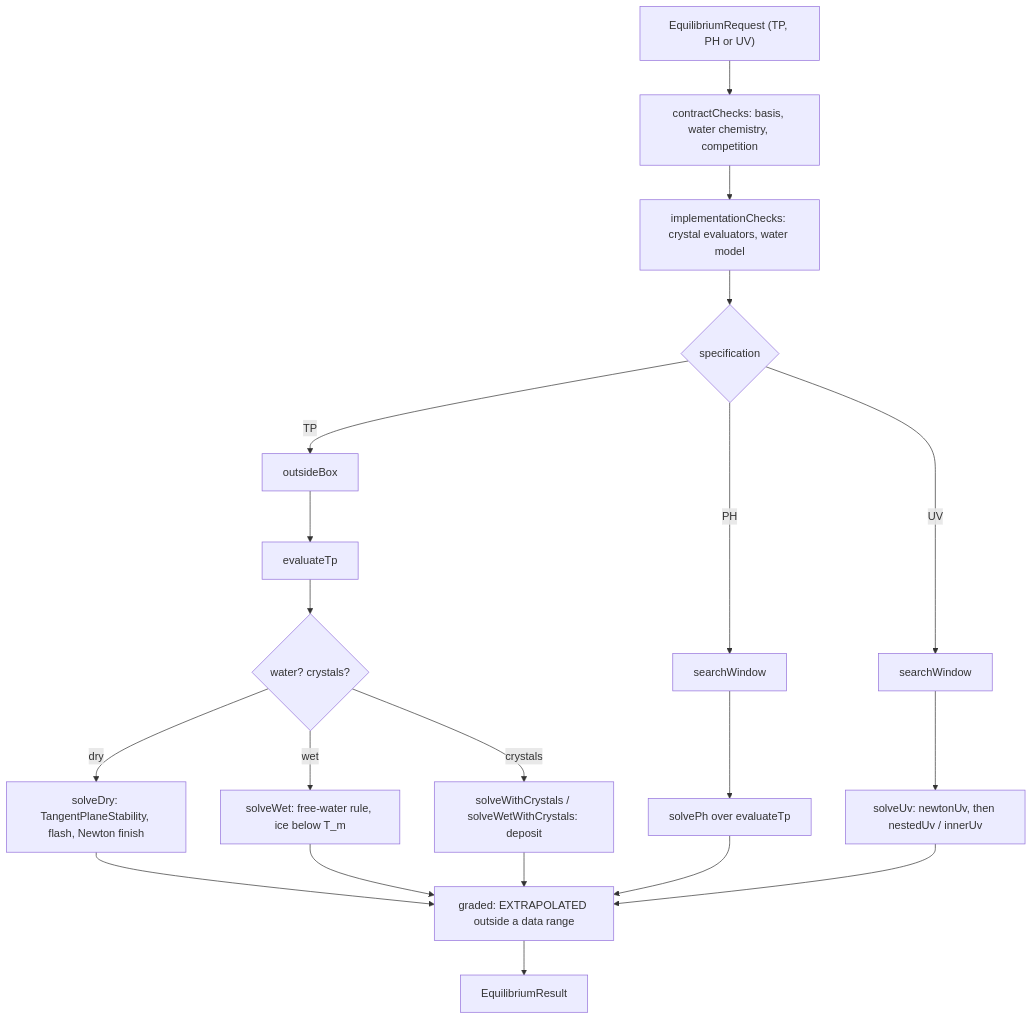
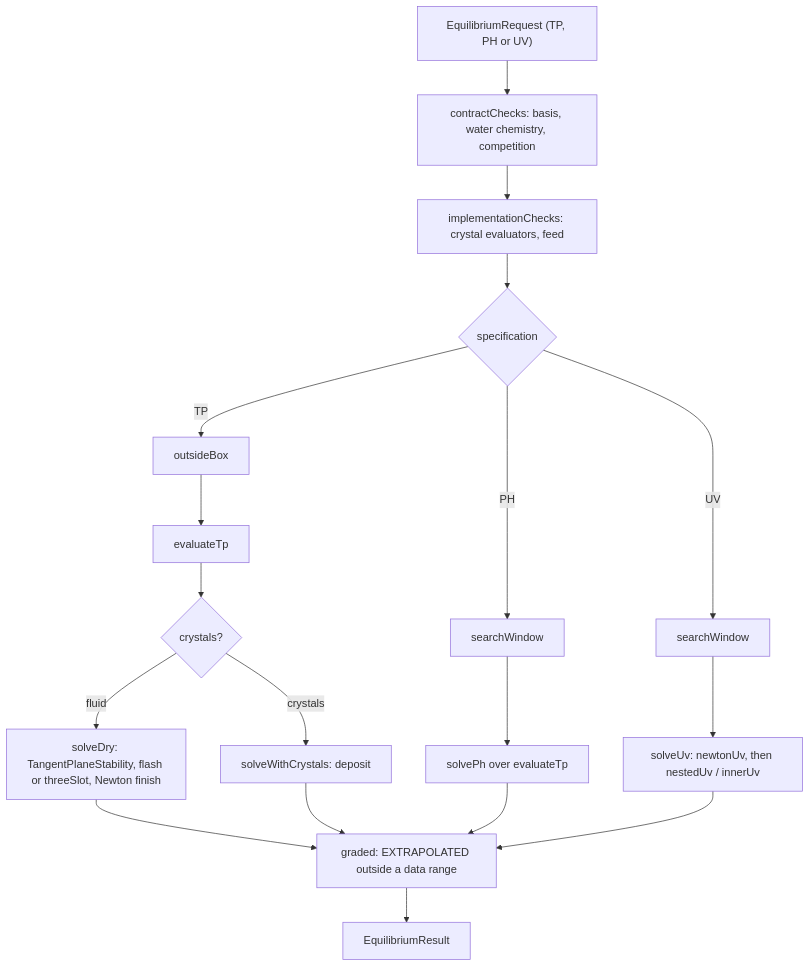
The diagram in documentation/reference/code-guide/equilibrium-engine.md (wormzjl/Industrial-Chemical-Engineering), drawn with Mermaid before and after one commit. The commit also changed other lines of this file and 2 other files, not shown here.

First line of the commit message:
Code guide: water in the cubic after N10, the node Jacobian from phase tangents

````diff
--- a/documentation/reference/code-guide/equilibrium-engine.md
+++ b/documentation/reference/code-guide/equilibrium-engine.md
@@ -63,19 +64,17 @@
 ```mermaid
 flowchart TD
   R["EquilibriumRequest (TP, PH or UV)"] --> C["contractChecks: basis, water chemistry, competition"]
-  C --> I["implementationChecks: crystal evaluators, water model"]
+  C --> I["implementationChecks: crystal evaluators, feed"]
   I --> B{specification}
   B -->|TP| X[outsideBox] --> E[evaluateTp]
   B -->|PH| W1[searchWindow] --> S1[solvePh over evaluateTp]
   B -->|UV| W2[searchWindow] --> S2["solveUv: newtonUv, then nestedUv / innerUv"]
-  E --> D{water? crystals?}
-  D -->|dry| D1["solveDry: TangentPlaneStability, flash, Newton finish"]
-  D -->|wet| D2["solveWet: free-water rule, ice below T_m"]
-  D -->|crystals| D3["solveWithCrystals / solveWetWithCrystals: deposit"]
+  E --> D{crystals?}
+  D -->|fluid| D1["solveDry: TangentPlaneStability, flash or threeSlot, Newton finish"]
+  D -->|crystals| D3["solveWithCrystals: deposit"]
   D1 --> G["graded: EXTRAPOLATED outside a data range"]
-  D2 --> G
   D3 --> G
   S1 --> G
   S2 --> G
   G --> O[EquilibriumResult]
 ```
````
